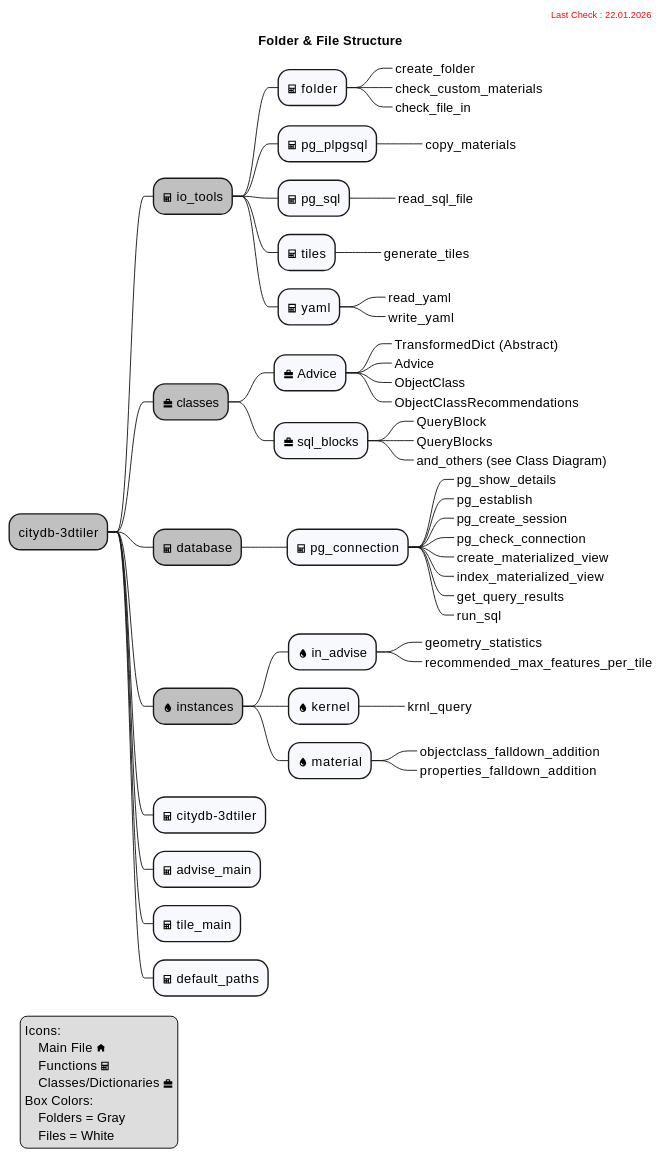
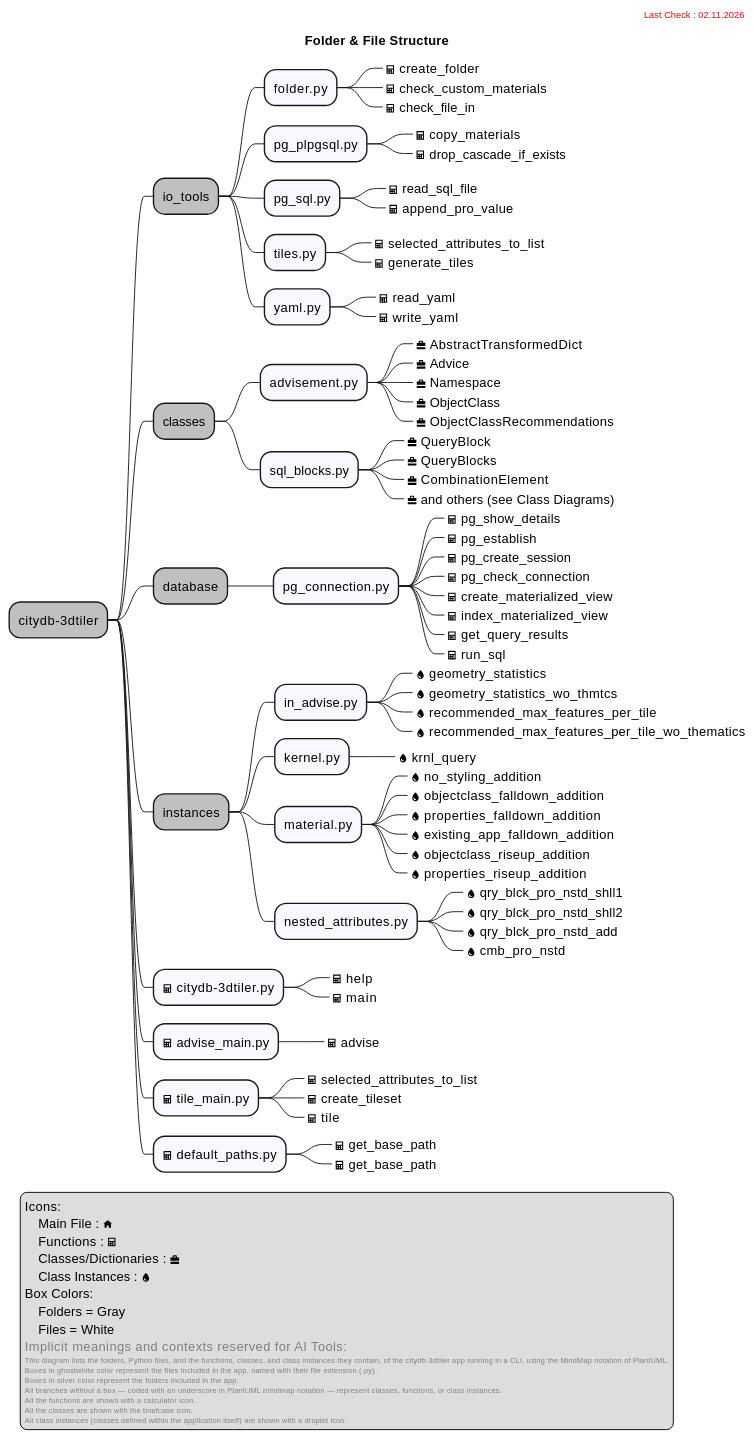
The diagram in docs/includes/file_structure.md (3dcitydb/citydb-3dtiler), drawn with PlantUML before and after one commit. The commit also changed 1 other file, not shown here.

````diff
--- a/docs/includes/file_structure.md
+++ b/docs/includes/file_structure.md
@@ -6,64 +6,97 @@
 @startmindmap
 title Folder & File Structure
 right header
-<font color=red size=10> Last Check : 22.01.2026</font>
+<font color=red size=10> Last Check : 02.11.2026</font>
 endheader
 *[#silver] citydb-3dtiler
-**[#silver] <&calculator> io_tools
-***[#ghostwhite] <&calculator> folder
-****_ create_folder
-****_ check_custom_materials
-****_ check_file_in
-***[#ghostwhite] <&calculator> pg_plpgsql
-****_ copy_materials
-***[#ghostwhite] <&calculator> pg_sql
-****_ read_sql_file
-***[#ghostwhite] <&calculator> tiles
-****_ generate_tiles
-***[#ghostwhite] <&calculator> yaml
-****_ read_yaml
-****_ write_yaml
-**[#silver] <&briefcase> classes
-***[#ghostwhite] <&briefcase> Advice
-****_ TransformedDict (Abstract)
-****_ Advice
-****_ ObjectClass
-****_ ObjectClassRecommendations
-***[#ghostwhite] <&briefcase> sql_blocks
-****_ QueryBlock
-****_ QueryBlocks
-****_ and_others (see Class Diagram)
-**[#silver] <&calculator> database
-***[#ghostwhite] <&calculator> pg_connection
-****_ pg_show_details
-****_ pg_establish
-****_ pg_create_session
-****_ pg_check_connection
-****_ create_materialized_view
-****_ index_materialized_view
-****_ get_query_results
-****_ run_sql
-**[#silver] <&droplet> instances
-***[#ghostwhite] <&droplet> in_advise
-****_ geometry_statistics
-****_ recommended_max_features_per_tile
-***[#ghostwhite] <&droplet> kernel
-****_ krnl_query
-***[#ghostwhite] <&droplet> material
-****_ objectclass_falldown_addition
-****_ properties_falldown_addition
-**[#ghostwhite] <&calculator> citydb-3dtiler
-**[#ghostwhite] <&calculator> advise_main
-**[#ghostwhite] <&calculator> tile_main
-**[#ghostwhite] <&calculator> default_paths
+**[#silver] io_tools
+***[#ghostwhite] folder.py
+****_ <&calculator> create_folder
+****_ <&calculator> check_custom_materials
+****_ <&calculator> check_file_in
+***[#ghostwhite] pg_plpgsql.py
+****_ <&calculator> copy_materials
+****_ <&calculator> drop_cascade_if_exists
+***[#ghostwhite] pg_sql.py
+****_ <&calculator> read_sql_file
+****_ <&calculator> append_pro_value
+***[#ghostwhite] tiles.py
+****_ <&calculator> selected_attributes_to_list
+****_ <&calculator> generate_tiles
+***[#ghostwhite] yaml.py
+****_ <&calculator> read_yaml
+****_ <&calculator> write_yaml
+**[#silver] classes
+***[#ghostwhite] advisement.py
+****_ <&briefcase> AbstractTransformedDict
+****_ <&briefcase> Advice
+****_ <&briefcase> Namespace
+****_ <&briefcase> ObjectClass
+****_ <&briefcase> ObjectClassRecommendations
+***[#ghostwhite] sql_blocks.py
+****_ <&briefcase> QueryBlock 
+****_ <&briefcase> QueryBlocks
+****_ <&briefcase> CombinationElement
+****_ <&briefcase> and others (see Class Diagrams)
+**[#silver] database
+***[#ghostwhite] pg_connection.py
+****_ <&calculator> pg_show_details
+****_ <&calculator> pg_establish
+****_ <&calculator> pg_create_session
+****_ <&calculator> pg_check_connection
+****_ <&calculator> create_materialized_view
+****_ <&calculator> index_materialized_view
+****_ <&calculator> get_query_results
+****_ <&calculator> run_sql
+**[#silver] instances
+***[#ghostwhite] in_advise.py
+****_ <&droplet> geometry_statistics
+****_ <&droplet> geometry_statistics_wo_thmtcs
+****_ <&droplet> recommended_max_features_per_tile
+****_ <&droplet> recommended_max_features_per_tile_wo_thematics
+***[#ghostwhite] kernel.py
+****_ <&droplet> krnl_query
+***[#ghostwhite] material.py
+****_ <&droplet> no_styling_addition
+****_ <&droplet> objectclass_falldown_addition
+****_ <&droplet> properties_falldown_addition
+****_ <&droplet> existing_app_falldown_addition
+****_ <&droplet> objectclass_riseup_addition
+****_ <&droplet> properties_riseup_addition
+***[#ghostwhite] nested_attributes.py
+****_ <&droplet> qry_blck_pro_nstd_shll1
+****_ <&droplet> qry_blck_pro_nstd_shll2
+****_ <&droplet> qry_blck_pro_nstd_add
+****_ <&droplet> cmb_pro_nstd
+**[#ghostwhite] <&calculator> citydb-3dtiler.py
+***_ <&calculator> help
+***_ <&calculator> main
+**[#ghostwhite] <&calculator> advise_main.py
+***_ <&calculator> advise
+**[#ghostwhite] <&calculator> tile_main.py
+***_ <&calculator> selected_attributes_to_list
+***_ <&calculator> create_tileset
+***_ <&calculator> tile
+**[#ghostwhite] <&calculator> default_paths.py
+***_ <&calculator> get_base_path
+***_ <&calculator> get_base_path
 legend left
     Icons:
-        Main File <&home>
-        Functions <&calculator>
-        Classes/Dictionaries <&briefcase>
+        Main File : <&home>
+        Functions : <&calculator>
+        Classes/Dictionaries : <&briefcase>
+        Class Instances : <&droplet>
     Box Colors:
         Folders = Gray
         Files = White
+    <font color=gray>Implicit meanings and contexts reserved for AI Tools:</font>
+    <font size=8 color=gray>This diagram lists the folders, Python files, and the functions, classes, and class instances they contain, of the citydb-3dtiler app running in a CLI, using the MindMap notation of PlantUML.</font>
+    <font size=8 color=gray>Boxes in ghostwhite color represent the files included in the app, named with their file extension (.py).</font>
+    <font size=8 color=gray>Boxes in silver color represent the folders included in the app.</font>
+    <font size=8 color=gray>All branches without a box — coded with an underscore in PlantUML mindmap notation — represent classes, functions, or class instances.</font>
+    <font size=8 color=gray>All the functions are shown with a calculator icon.</font>
+    <font size=8 color=gray>All the classes are shown with the briefcase icon.</font>
+    <font size=8 color=gray>All class instances (classes defined within the application itself) are shown with a droplet icon.</font>
 endlegend
 @endmindmap
 ```
````
